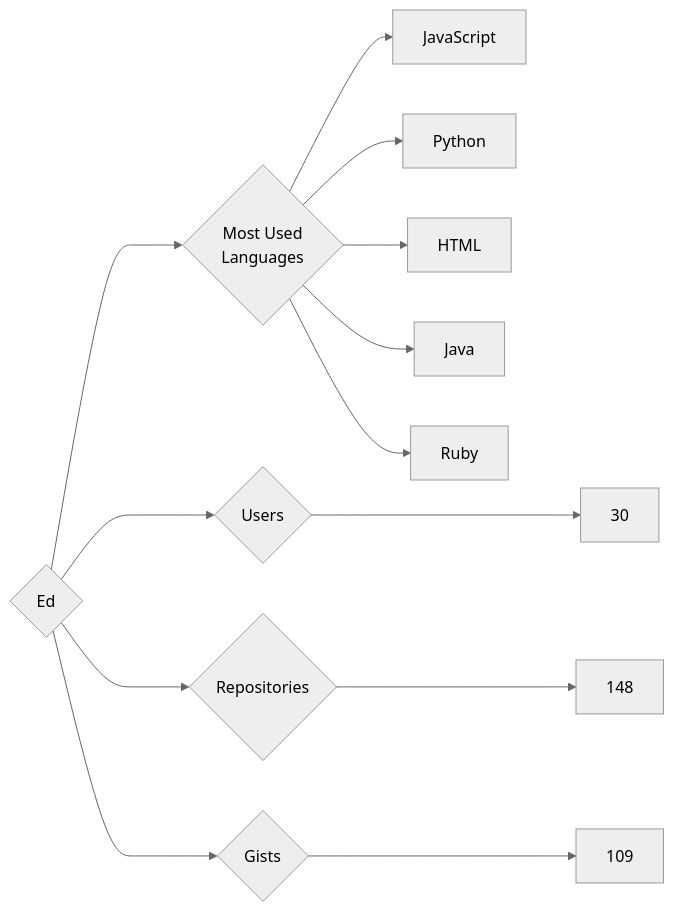
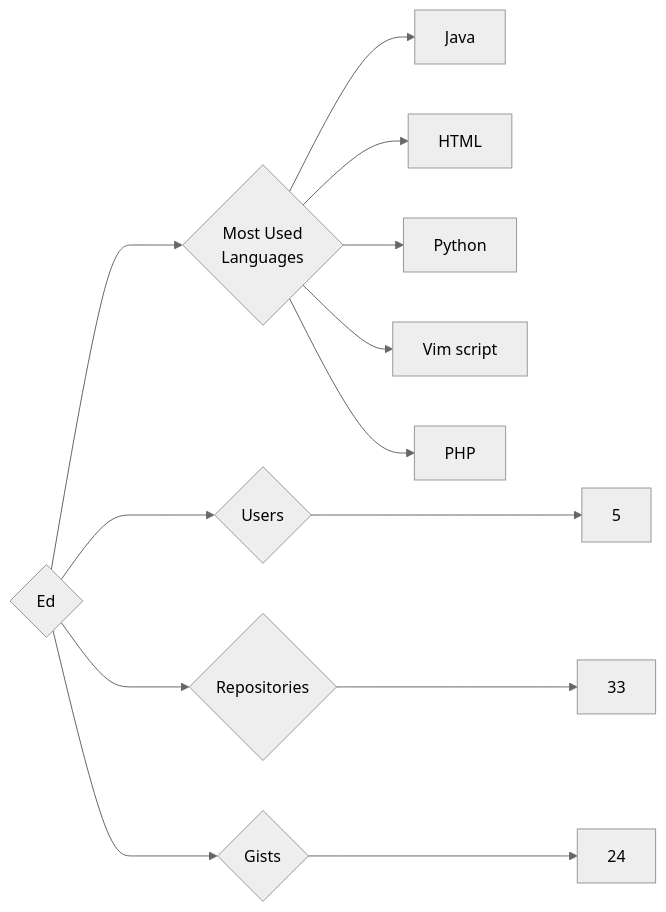
Before and after one commit to trickest/insiders: the diagram in targets/Ed/README.md, drawn with Mermaid (neutral theme). The commit also changed 721 other files, not shown here.

````diff
--- a/targets/Ed/README.md
+++ b/targets/Ed/README.md
@@ -3,13 +3,13 @@
 ```mermaid
 graph LR
 COMPANY_NAME{Ed}
-COMPANY_NAME ---> U{Users} ---> UN[30]
-COMPANY_NAME ---> R{Repositories} ---> RN[148]
-COMPANY_NAME ---> G{Gists} ---> GN[109]
+COMPANY_NAME ---> U{Users} ---> UN[5]
+COMPANY_NAME ---> R{Repositories} ---> RN[33]
+COMPANY_NAME ---> G{Gists} ---> GN[24]
 COMPANY_NAME ---> ML{Most Used<br>Languages}
-ML --> JavaScript[JavaScript]
+ML --> Java[Java]
+ML --> HTML[HTML]
 ML --> Python[Python]
-ML --> HTML[HTML]
-ML --> Java[Java]
-ML --> Ruby[Ruby]
+ML --> Vim_script[Vim script]
+ML --> PHP[PHP]
 ```
````
